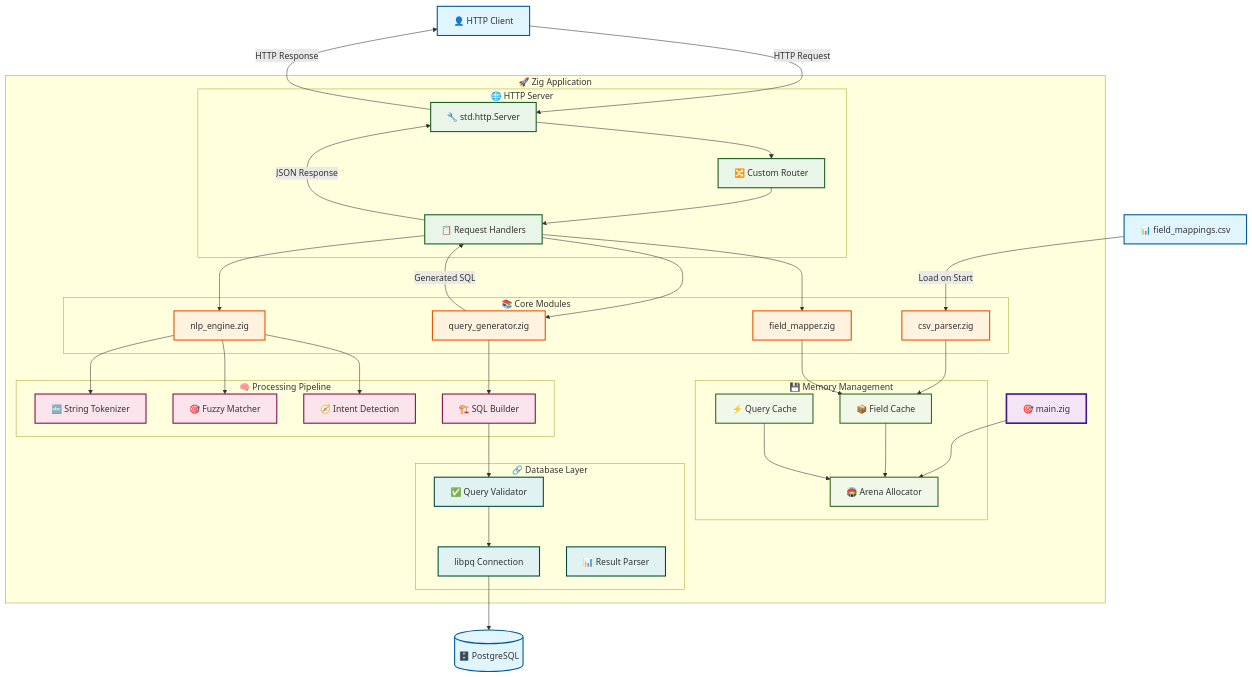
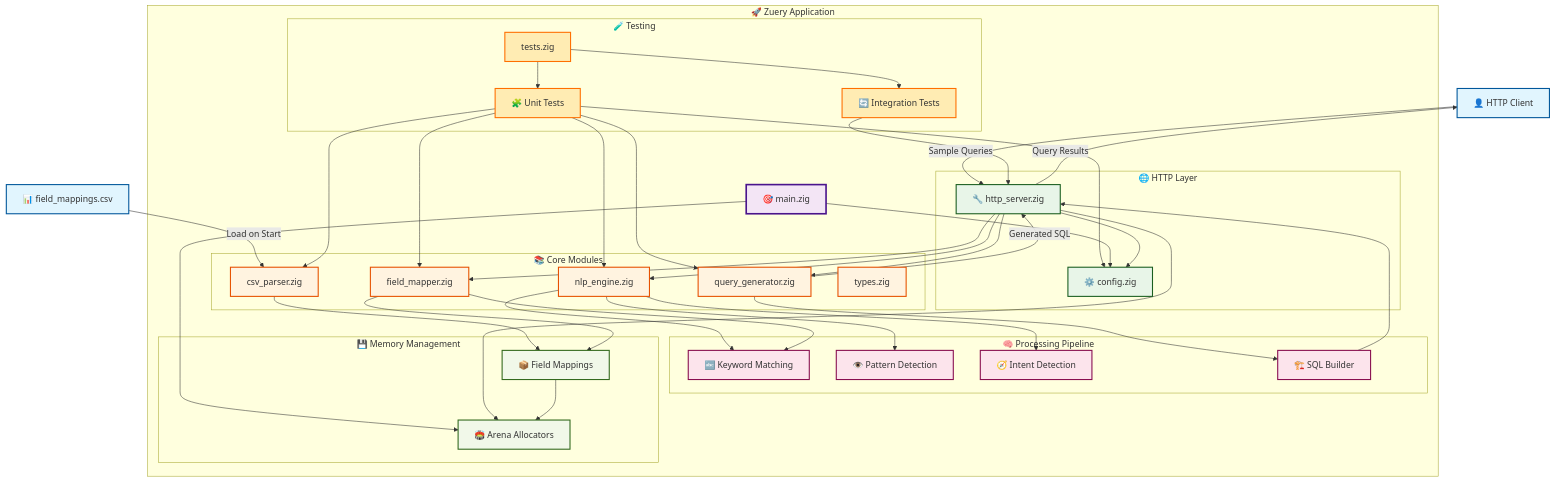
Before and after one commit to blueboxgarage/zuery: the diagram in zig_system_design.mermaid, drawn with Mermaid. The commit also changed 61 other files, not shown here.

```diff
--- a/zig_system_design.mermaid
+++ b/zig_system_design.mermaid
@@ -1,92 +1,100 @@
 graph TB
     %% External Components
     Client[👤 HTTP Client]
     CSV[📊 field_mappings.csv]
-    PG[(🗄️ PostgreSQL)]
     
     %% Zig Application Structure
-    subgraph "🚀 Zig Application"
+    subgraph "🚀 Zuery Application"
         Main[🎯 main.zig]
         
-        subgraph "🌐 HTTP Server"
-            Server[🔧 std.http.Server]
-            Router[🔀 Custom Router]
-            Handlers[📋 Request Handlers]
+        subgraph "🌐 HTTP Layer"
+            Server[🔧 http_server.zig]
+            ConfigMgr[⚙️ config.zig]
         end
         
         subgraph "📚 Core Modules"
             FieldMapper[field_mapper.zig]
             NLPEngine[nlp_engine.zig]
             QueryGen[query_generator.zig]
             CSVParser[csv_parser.zig]
+            Types[types.zig]
         end
         
         subgraph "🧠 Processing Pipeline"
-            Tokenizer[🔤 String Tokenizer]
-            FuzzyMatch[🎯 Fuzzy Matcher]
+            KeywordMatch[🔤 Keyword Matching]
+            PatternDetect[👁️ Pattern Detection]
             IntentDetect[🧭 Intent Detection]
             SQLBuilder[🏗️ SQL Builder]
         end
         
-        subgraph "💾 Memory Management"
-            Arena[🏟️ Arena Allocator]
-            FieldCache[📦 Field Cache]
-            QueryCache[⚡ Query Cache]
+        subgraph "🧪 Testing"
+            Tests[tests.zig]
+            UnitTests[🧩 Unit Tests]
+            IntegrationTests[🔄 Integration Tests]
         end
         
-        subgraph "🔗 Database Layer"
-            PQConnection[libpq Connection]
-            QueryValidator[✅ Query Validator]
-            ResultParser[📊 Result Parser]
+        subgraph "💾 Memory Management"
+            Arena[🏟️ Arena Allocators]
+            FieldCache[📦 Field Mappings]
         end
     end
     
     %% Data Flow
-    Client -->|HTTP Request| Server
+    Client -->|Sample Queries| Server
     CSV -->|Load on Start| CSVParser
     
-    Server --> Router
-    Router --> Handlers
-    
-    Handlers --> FieldMapper
-    Handlers --> NLPEngine
-    Handlers --> QueryGen
+    Server --> FieldMapper
+    Server --> NLPEngine
+    Server --> QueryGen
     
     CSVParser --> FieldCache
     FieldMapper --> FieldCache
     
-    NLPEngine --> Tokenizer
-    NLPEngine --> FuzzyMatch
+    NLPEngine --> KeywordMatch
+    NLPEngine --> PatternDetect
     NLPEngine --> IntentDetect
     
+    FieldMapper --> KeywordMatch
+    
     QueryGen --> SQLBuilder
-    SQLBuilder --> QueryValidator
-    QueryValidator --> PQConnection
-    PQConnection --> PG
+    SQLBuilder --> Server
     
     %% Memory Management Flow
     Main --> Arena
+    Server --> Arena
     FieldCache --> Arena
-    QueryCache --> Arena
+    
+    %% Testing Flow
+    Tests --> UnitTests
+    Tests --> IntegrationTests
+    UnitTests --> NLPEngine
+    UnitTests --> CSVParser
+    UnitTests --> QueryGen
+    UnitTests --> FieldMapper
+    UnitTests --> ConfigMgr
+    IntegrationTests --> Server
+    
+    %% Config Flow
+    Main --> ConfigMgr
+    Server --> ConfigMgr
     
     %% Response Flow
-    QueryGen -->|Generated SQL| Handlers
-    Handlers -->|JSON Response| Server
-    Server -->|HTTP Response| Client
+    QueryGen -->|Generated SQL| Server
+    Server -->|Query Results| Client
     
     %% Styling
     classDef external fill:#e1f5fe,stroke:#01579b,stroke-width:2px
     classDef zigapp fill:#f3e5f5,stroke:#4a148c,stroke-width:3px
     classDef http fill:#e8f5e8,stroke:#1b5e20,stroke-width:2px
     classDef core fill:#fff3e0,stroke:#e65100,stroke-width:2px
     classDef processing fill:#fce4ec,stroke:#880e4f,stroke-width:2px
     classDef memory fill:#f1f8e9,stroke:#33691e,stroke-width:2px
-    classDef database fill:#e0f2f1,stroke:#004d40,stroke-width:2px
+    classDef testing fill:#ffecb3,stroke:#ff6f00,stroke-width:2px
     
-    class Client,CSV,PG external
+    class Client,CSV external
     class Main zigapp
-    class Server,Router,Handlers http
-    class FieldMapper,NLPEngine,QueryGen,CSVParser core
-    class Tokenizer,FuzzyMatch,IntentDetect,SQLBuilder processing
-    class Arena,FieldCache,QueryCache memory
-    class PQConnection,QueryValidator,ResultParser database
+    class Server,ConfigMgr http
+    class FieldMapper,NLPEngine,QueryGen,CSVParser,Types core
+    class KeywordMatch,PatternDetect,IntentDetect,SQLBuilder processing
+    class Arena,FieldCache memory
+    class Tests,UnitTests,IntegrationTests testing
```
